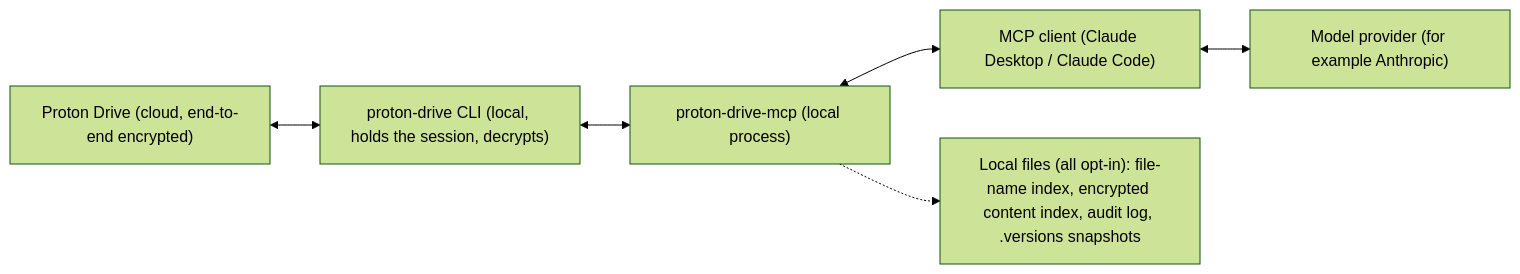
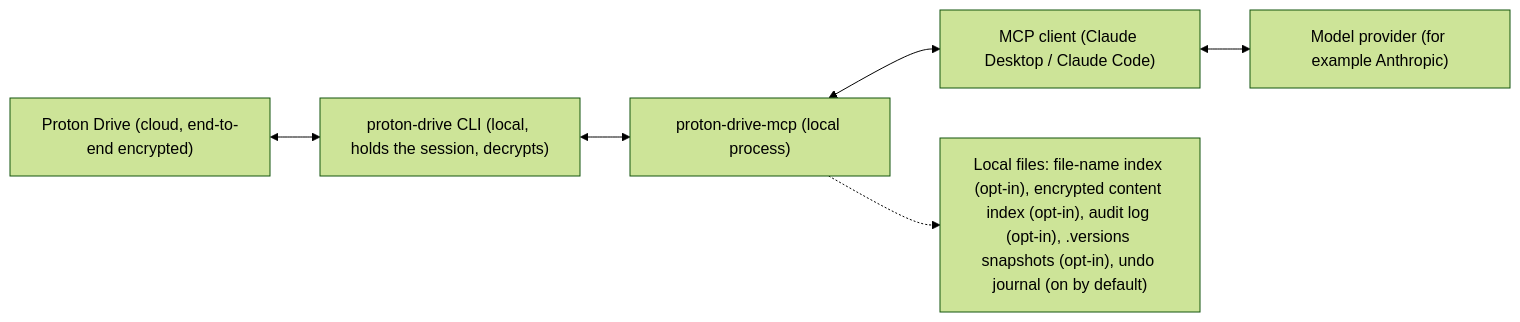
The diagram in THREAT_MODEL.md (googlarz/proton-drive-mcp), drawn with Mermaid (forest theme) before and after one commit. The commit also changed other lines of this file and 55 other files, not shown here.

````diff
--- a/THREAT_MODEL.md
+++ b/THREAT_MODEL.md
@@ -11,8 +11,8 @@
 ```mermaid
 flowchart LR
   Drive["Proton Drive (cloud, end-to-end encrypted)"] <--> CLI["proton-drive CLI (local, holds the session, decrypts)"]
   CLI <--> MCP["proton-drive-mcp (local process)"]
   MCP <--> Client["MCP client (Claude Desktop / Claude Code)"]
   Client <--> Model["Model provider (for example Anthropic)"]
-  MCP -.-> Local["Local files (all opt-in): file-name index, encrypted content index, audit log, .versions snapshots"]
+  MCP -.-> Local["Local files: file-name index (opt-in), encrypted content index (opt-in), audit log (opt-in), .versions snapshots (opt-in), undo journal (on by default)"]
 ```
````
